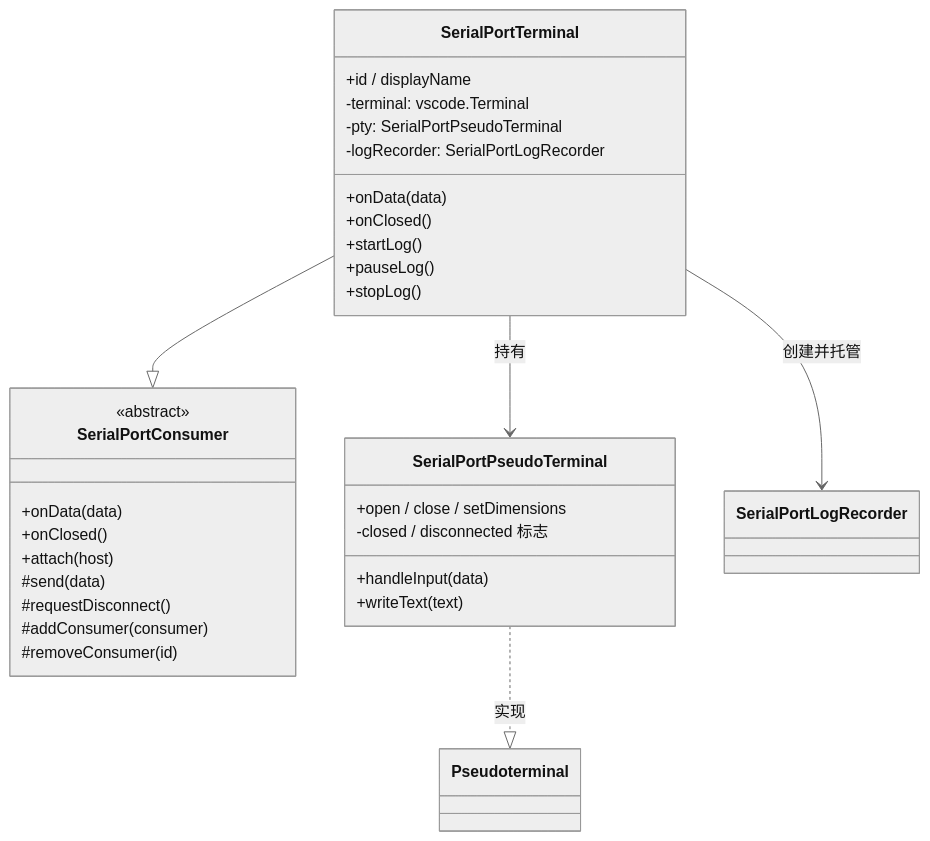
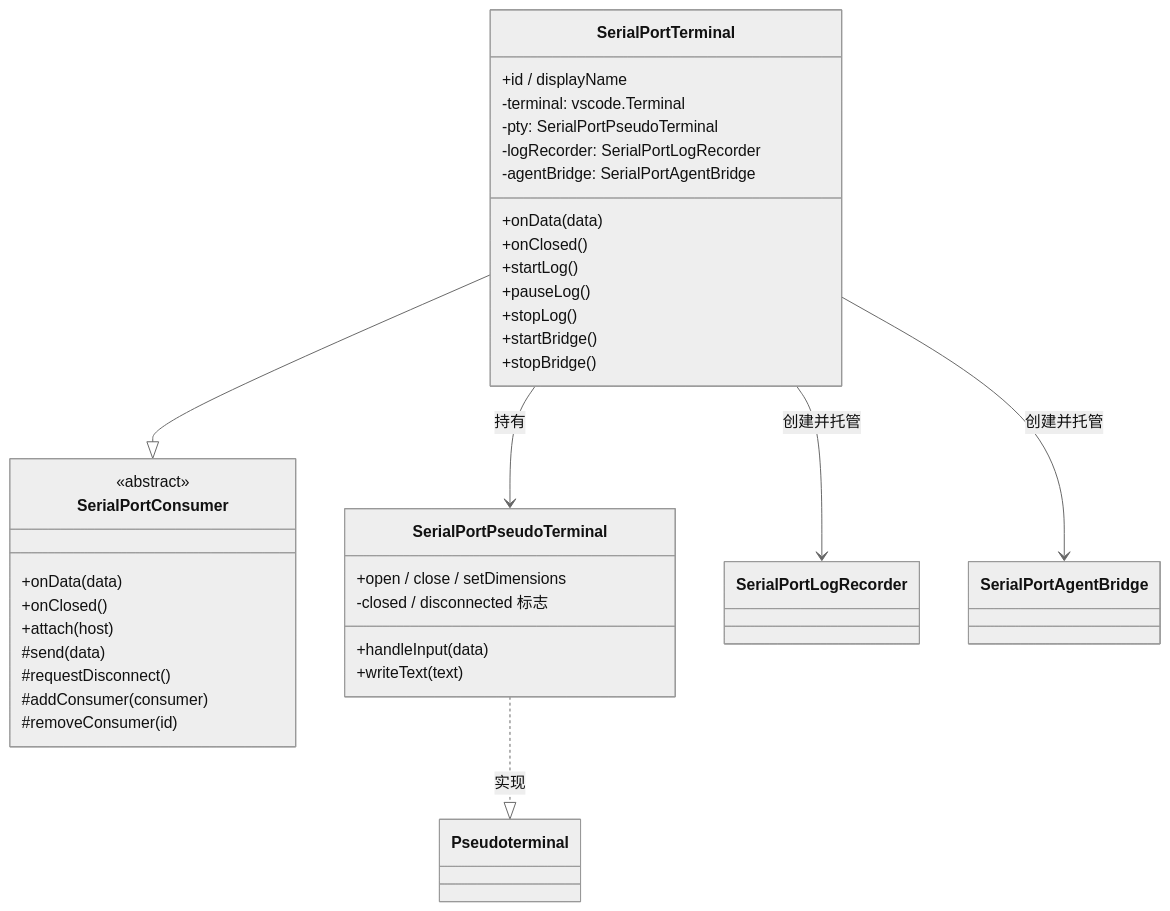
One commit to ziqiang-zhu/vscode-serial-port-terminal changed the diagram in doc/ConsumerDesign/SerialPortTerminal设计.md. Above: the diagram before and after it, drawn with Mermaid (neutral theme). The commit also changed other lines of this file and 1 other file, not shown here.

First line of the commit message:
docs: sync SerialPortTerminal design with AgentBridge hosting

````diff
--- a/doc/ConsumerDesign/SerialPortTerminal设计.md
+++ b/doc/ConsumerDesign/SerialPortTerminal设计.md
@@ -76,34 +84,38 @@
 ```mermaid
 classDiagram
     class SerialPortConsumer {
         <<abstract>>
         +onData(data)
         +onClosed()
         +attach(host)
         #send(data)
         #requestDisconnect()
         #addConsumer(consumer)
         #removeConsumer(id)
     }
     class SerialPortTerminal {
         +id / displayName
         +onData(data)
         +onClosed()
         +startLog()
         +pauseLog()
         +stopLog()
+        +startBridge()
+        +stopBridge()
         -terminal: vscode.Terminal
         -pty: SerialPortPseudoTerminal
         -logRecorder: SerialPortLogRecorder
+        -agentBridge: SerialPortAgentBridge
     }
     class SerialPortPseudoTerminal {
         +open / close / setDimensions
         +handleInput(data)
         +writeText(text)
         -closed / disconnected 标志
     }
     SerialPortTerminal --|> SerialPortConsumer
     SerialPortTerminal --> SerialPortPseudoTerminal : 持有
     SerialPortTerminal --> SerialPortLogRecorder : 创建并托管
+    SerialPortTerminal --> SerialPortAgentBridge : 创建并托管
     SerialPortPseudoTerminal ..|> Pseudoterminal : 实现
 ```
````
